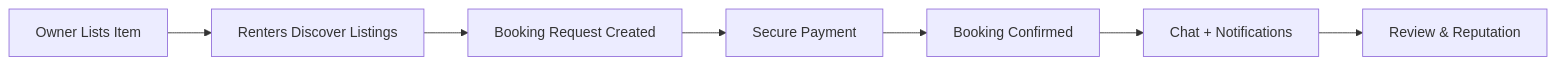
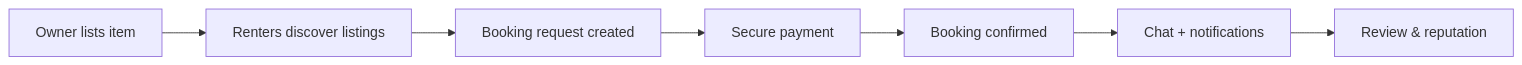
Before and after one commit to lokigamer2911/rently: the diagram in README.md, drawn with Mermaid. The commit also changed other lines of this file, not shown here.

````diff
--- a/README.md
+++ b/README.md
@@ -97,9 +88,9 @@
 ```mermaid
 flowchart LR
-    A[Owner Lists Item] --> B[Renters Discover Listings]
-    B --> C[Booking Request Created]
-    C --> D[Secure Payment]
-    D --> E[Booking Confirmed]
-    E --> F[Chat + Notifications]
-    F --> G[Review & Reputation]
+    A[Owner lists item] --> B[Renters discover listings]
+    B --> C[Booking request created]
+    C --> D[Secure payment]
+    D --> E[Booking confirmed]
+    E --> F[Chat + notifications]
+    F --> G[Review & reputation]
 ```
````
